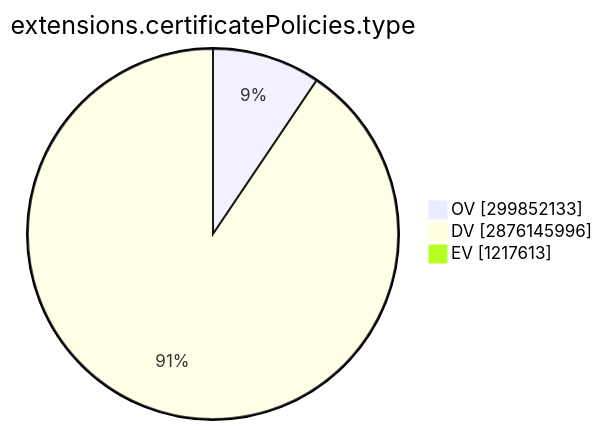
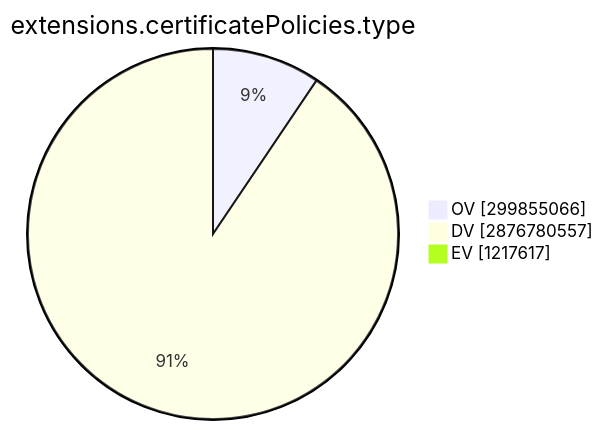
Before and after one commit to christiankrug/ctmonitor_visualization: the ninth of 15 diagrams in TOTAL/README.md, drawn with Mermaid. The commit also changed other lines of this file, not shown here.

````diff
--- a/TOTAL/README.md
+++ b/TOTAL/README.md
@@ -3101,7 +3101,7 @@
 ```mermaid
 pie showData
 title extensions.certificatePolicies.type
-"OV" :299852133
-"DV" :2876145996
-"EV" :1217613
+"OV" :299855066
+"DV" :2876780557
+"EV" :1217617
 ```
````
